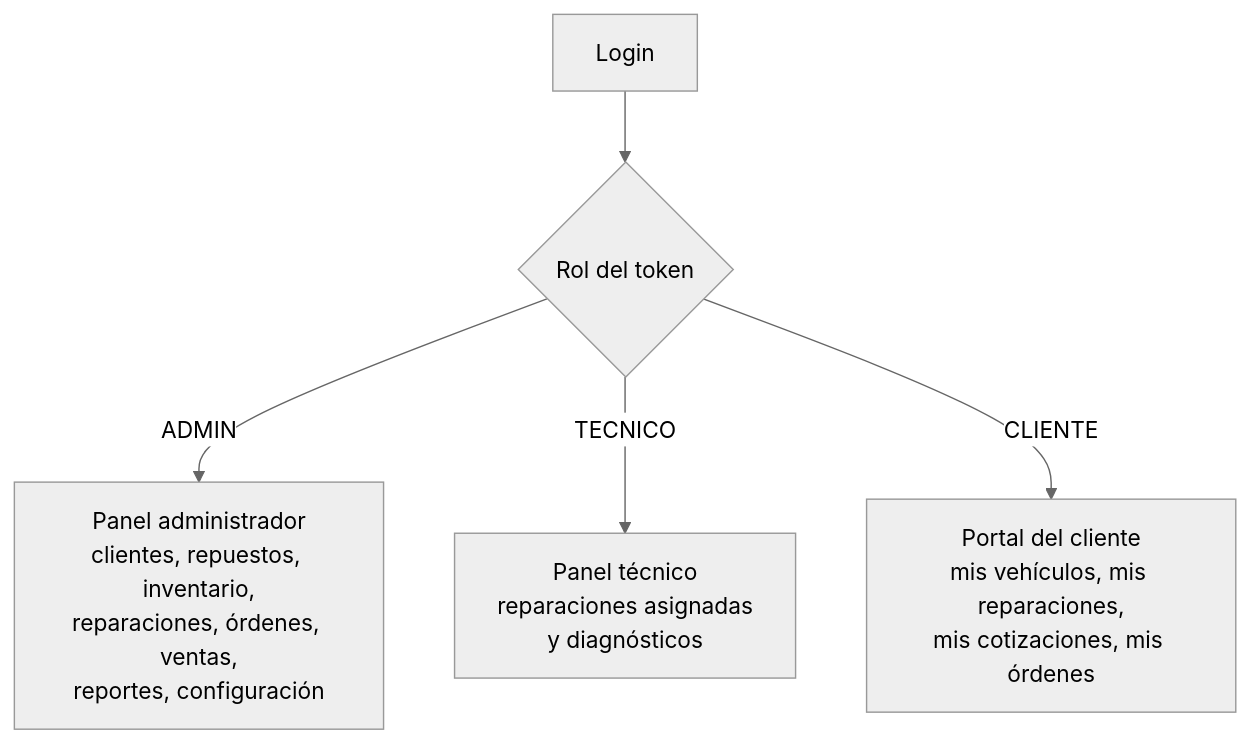
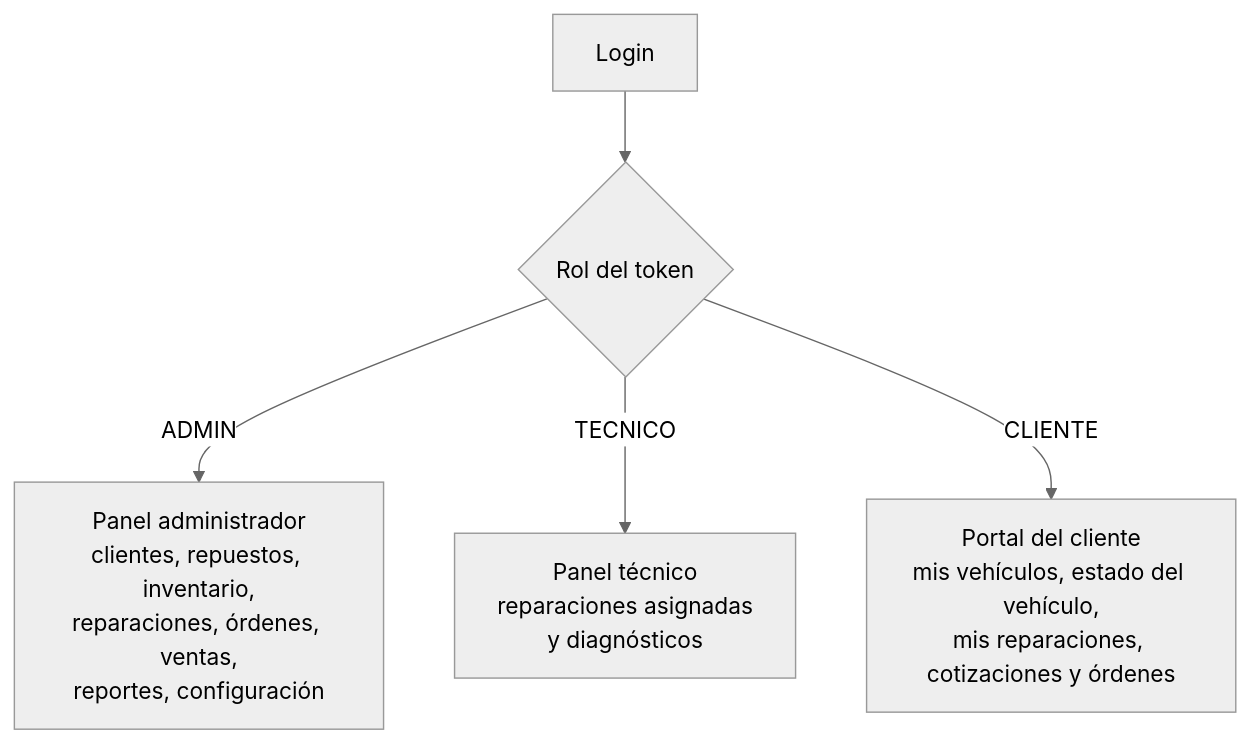
Before and after one commit to JAIROACARDOZO15/AutoCore: the fifth of 8 diagrams in README.md, drawn with Mermaid (neutral theme). The commit also changed other lines of this file and 47 other files, not shown here.

Commit message:
feat: add vehicle repair timeline and complete docs

````diff
--- a/README.md
+++ b/README.md
@@ -352,7 +353,7 @@
 ```mermaid
 flowchart TB
     L[Login] --> R{Rol del token}
     R -->|ADMIN| AD[Panel administrador<br/>clientes, repuestos, inventario,<br/>reparaciones, órdenes, ventas,<br/>reportes, configuración]
     R -->|TECNICO| TE[Panel técnico<br/>reparaciones asignadas<br/>y diagnósticos]
-    R -->|CLIENTE| CL[Portal del cliente<br/>mis vehículos, mis reparaciones,<br/>mis cotizaciones, mis órdenes]
+    R -->|CLIENTE| CL[Portal del cliente<br/>mis vehículos, estado del vehículo,<br/>mis reparaciones, cotizaciones y órdenes]
 ```
````
